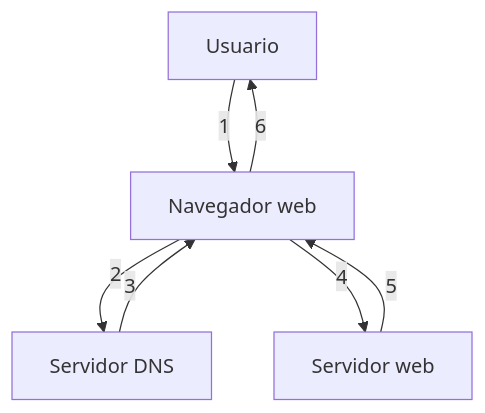
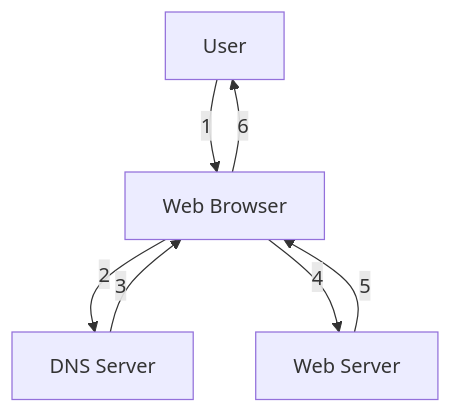
The diagram in part0/0.4-diagram-mermaid.md (masdevweb/Full-Stack-Open-Helsinki), drawn with Mermaid before and after one commit.

Commit message:
Translate exercise 0.4 Mermaid diagram to English

````diff
--- a/part0/0.4-diagram-mermaid.md
+++ b/part0/0.4-diagram-mermaid.md
@@ -3,10 +3,11 @@
 ```mermaid
 graph TD
-    Usuario["Usuario"] -->|1| Navegador["Navegador web"]
-    Navegador -->|2| DNS["Servidor DNS"]
-    DNS -->|3| Navegador
-    Navegador -->|4| ServidorWeb["Servidor web"]
-    ServidorWeb -->|5| Navegador
-    Navegador -->|6| Usuario
+    User["User"] -->|1| Browser["Web Browser"]
+    Browser -->|2| DNS["DNS Server"]
+    DNS -->|3| Browser
+    Browser -->|4| WebServer["Web Server"]
+    WebServer -->|5| Browser
+    Browser -->|6| User
+
 
 ```
````
